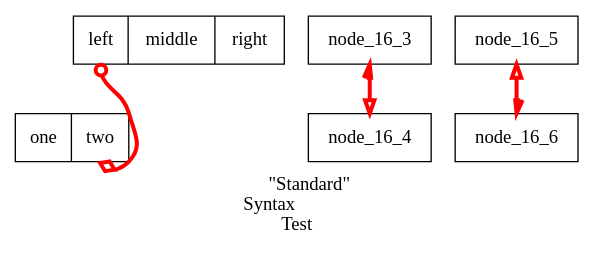
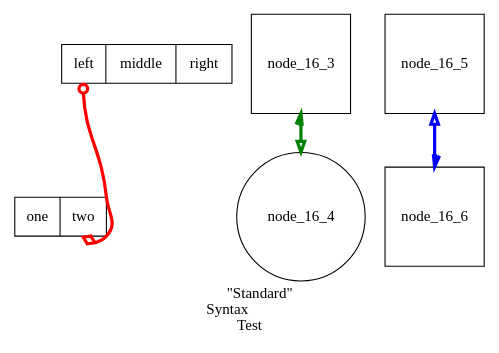
Before and after one commit to graphviz-perl/GraphViz2-Marpa: the diagram in data/16.gv, drawn with Graphviz. The commit also changed 2 other files, not shown here.

Commit message:
Fix the empty string problem

```diff
--- a/data/16.gv
+++ b/data/16.gv
@@ -1,55 +1,61 @@
 /* C comment. */
 
 // C++ comment.
 
 # Hash comment.
 
 STRICT digraph graph_16
 {
-	label   = "\"Standard\"\rSyntax\lTest"
+	label = "\"Standard\"\rSyntax\lTest"
+	size  = "5,6"
 
 	node
 	[
 		shape = "record",
 	];
 
 	edge
 	[
 		color = "red"
 		penwidth = 3,
 	];
 
 	node_16_1
 	[
 		label = "<p11> left|<p12> middle|<p13> right"
 	]
 
 	node_16_2
 	[
 		label = "<p21> one|<p22> two"
 	]
 
 	node_16_1:p11 -> node_16_2:p22:s
 	[
+		arrowhead = "odiamond";
 		arrowtail = "odot",
-		arrowhead = "odiamond";
+		color     = red
 		dir       = both;
 	];
 
 	subgraph subgraph_16_1
 	{
-		node_16_3 -> { node_16_4 }
+		node [shape = square]
+
+		node_16_3 -> { node [shape = circle] node_16_4 }
 		[
+			arrowhead = "empty",
 			arrowtail = "halfopen"
-			arrowhead = "empty",
+			color     = green
 			dir       = "both",
 		]
 
 		node_16_5 -> node_16_6
 		[
+			arrowhead = "halfopen",
 			arrowtail = "empty"
-			arrowhead = "halfopen",
+			color     = blue
 			dir       = "both",
 		]
 	}
 }
```
